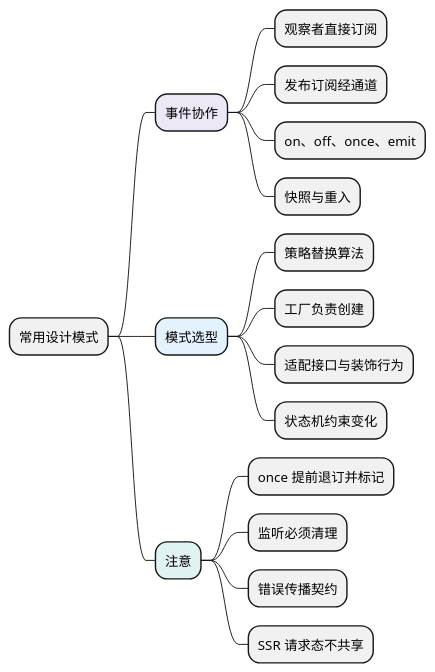
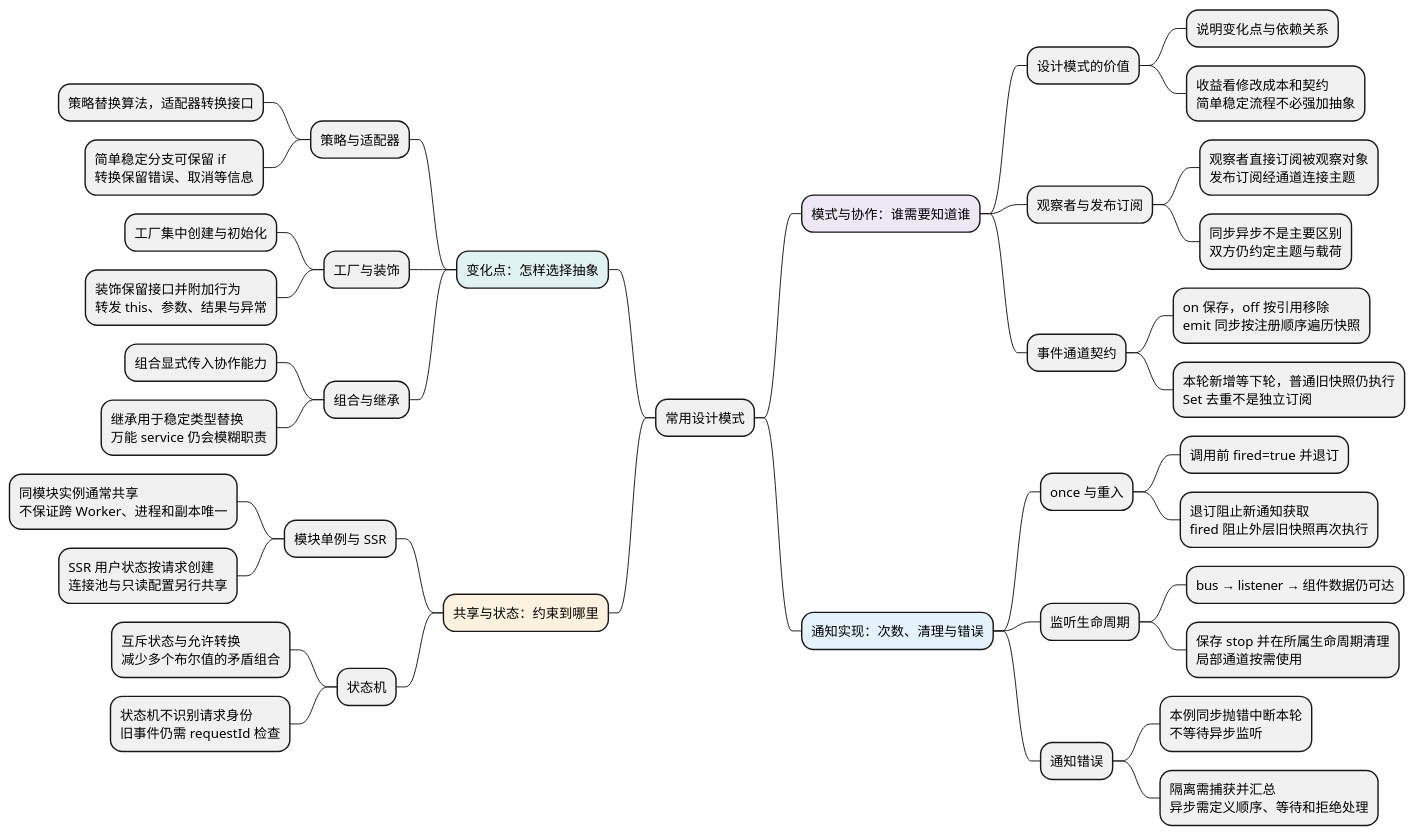
Before and after one commit to chenx18/JAVA: the diagram in docs/AI前端全栈教材/01_JavaScript/05_模块化与浏览器实践/06_常用设计模式.md, drawn with PlantUML. The commit also changed other lines of this file and 84 other files, not shown here.

````diff
--- a/docs/AI前端全栈教材/01_JavaScript/05_模块化与浏览器实践/06_常用设计模式.md
+++ b/docs/AI前端全栈教材/01_JavaScript/05_模块化与浏览器实践/06_常用设计模式.md
@@ -9,27 +9,50 @@
 ```plantuml
 @startmindmap
 skinparam defaultFontName Microsoft YaHei
 skinparam defaultFontSize 14
 skinparam dpi 100
 skinparam backgroundColor white
 skinparam shadowing false
 
 * 常用设计模式
-**[#EDE7F6] 事件协作
-*** 观察者直接订阅
-*** 发布订阅经通道
-*** on、off、once、emit
-*** 快照与重入
-**[#E3F2FD] 模式选型
-*** 策略替换算法
-*** 工厂负责创建
-*** 适配接口与装饰行为
-*** 状态机约束变化
-**[#E0F2F1] 注意
-*** once 提前退订并标记
-*** 监听必须清理
-*** 错误传播契约
-*** SSR 请求态不共享
+**[#EDE7F6] 模式与协作：谁需要知道谁
+*** 设计模式的价值
+**** 说明变化点与依赖关系
+**** 收益看修改成本和契约\n简单稳定流程不必强加抽象
+*** 观察者与发布订阅
+**** 观察者直接订阅被观察对象\n发布订阅经通道连接主题
+**** 同步异步不是主要区别\n双方仍约定主题与载荷
+*** 事件通道契约
+**** on 保存，off 按引用移除\nemit 同步按注册顺序遍历快照
+**** 本轮新增等下轮，普通旧快照仍执行\nSet 去重不是独立订阅
+**[#E3F2FD] 通知实现：次数、清理与错误
+*** once 与重入
+**** 调用前 fired=true 并退订
+**** 退订阻止新通知获取\nfired 阻止外层旧快照再次执行
+*** 监听生命周期
+**** bus → listener → 组件数据仍可达
+**** 保存 stop 并在所属生命周期清理\n局部通道按需使用
+*** 通知错误
+**** 本例同步抛错中断本轮\n不等待异步监听
+**** 隔离需捕获并汇总\n异步需定义顺序、等待和拒绝处理
+left side
+**[#E0F2F1] 变化点：怎样选择抽象
+*** 策略与适配器
+**** 策略替换算法，适配器转换接口
+**** 简单稳定分支可保留 if\n转换保留错误、取消等信息
+*** 工厂与装饰
+**** 工厂集中创建与初始化
+**** 装饰保留接口并附加行为\n转发 this、参数、结果与异常
+*** 组合与继承
+**** 组合显式传入协作能力
+**** 继承用于稳定类型替换\n万能 service 仍会模糊职责
+**[#FFF3E0] 共享与状态：约束到哪里
+*** 模块单例与 SSR
+**** 同模块实例通常共享\n不保证跨 Worker、进程和副本唯一
+**** SSR 用户状态按请求创建\n连接池与只读配置另行共享
+*** 状态机
+**** 互斥状态与允许转换\n减少多个布尔值的矛盾组合
+**** 状态机不识别请求身份\n旧事件仍需 requestId 检查
 
 @endmindmap
 ```
````
